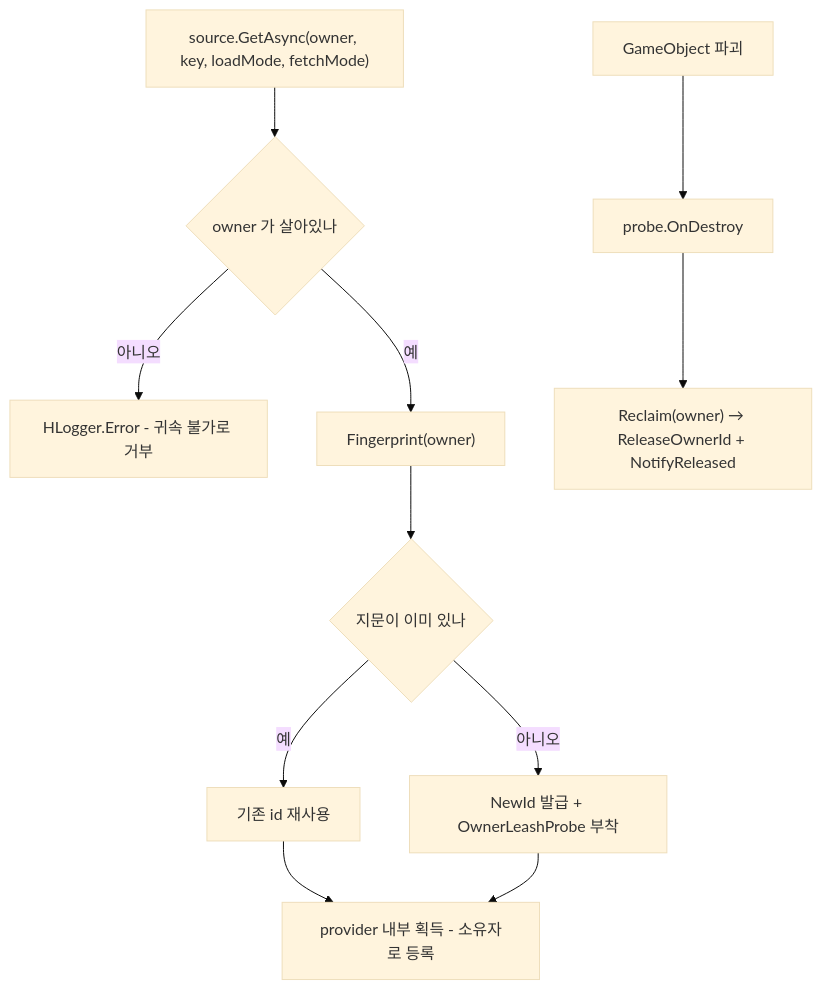
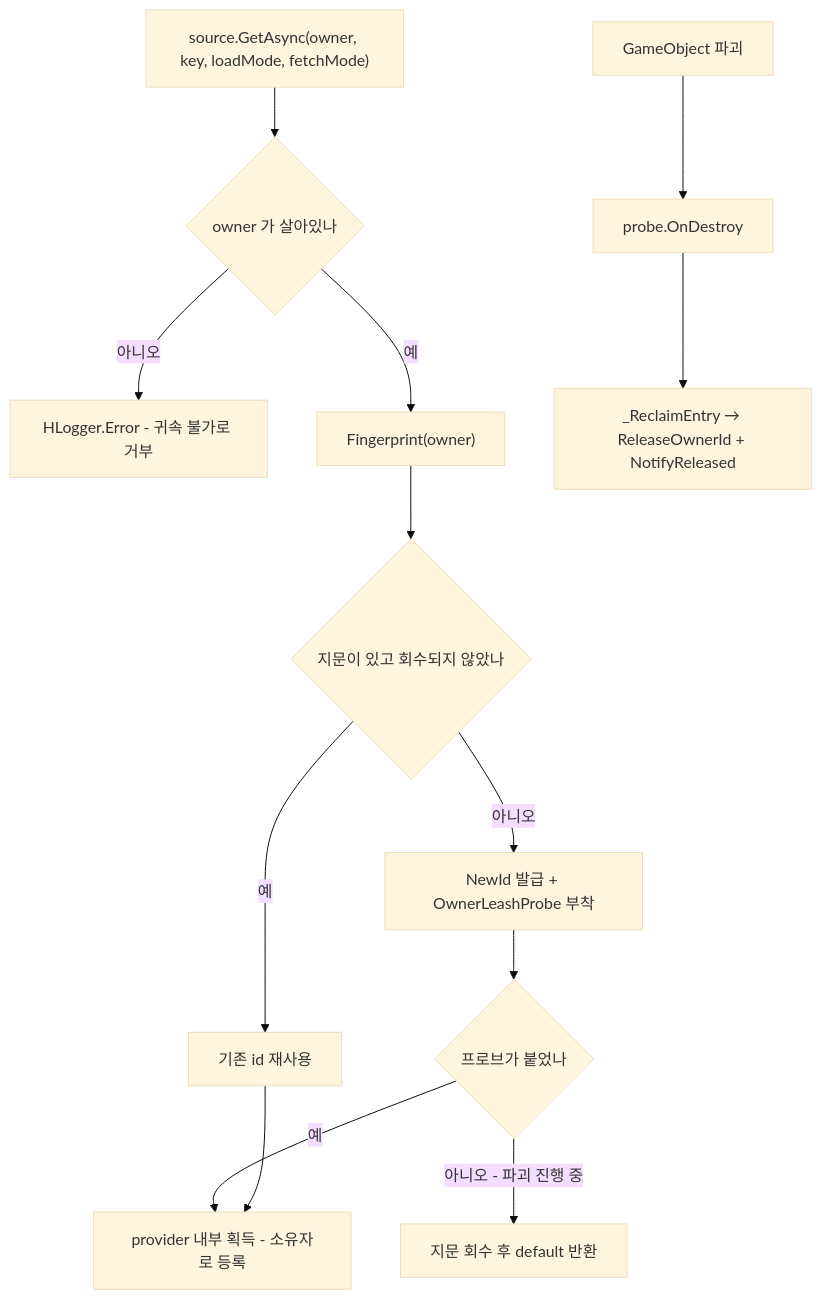
Before and after one commit to HoHong123/HCUP-Unity: the second of 2 diagrams in HResource/docs/Subscription.md, drawn with Mermaid (base theme). The commit also changed other lines of this file, not shown here.

````diff
--- a/HResource/docs/Subscription.md
+++ b/HResource/docs/Subscription.md
@@ -181,13 +153,15 @@
 ```mermaid
 flowchart TD
     A["source.GetAsync(owner, key, loadMode, fetchMode)"] --> B{"owner 가 살아있나"}
     B -->|아니오| C["HLogger.Error - 귀속 불가로 거부"]
     B -->|예| D["Fingerprint(owner)"]
-    D --> E{"지문이 이미 있나"}
+    D --> E{"지문이 있고 회수되지 않았나"}
     E -->|예| F["기존 id 재사용"]
     E -->|아니오| G["NewId 발급 + OwnerLeashProbe 부착"]
+    G --> X{"프로브가 붙었나"}
+    X -->|아니오 - 파괴 진행 중| Y["지문 회수 후 default 반환"]
+    X -->|예| H
     F --> H["provider 내부 획득 - 소유자로 등록"]
-    G --> H
     I["GameObject 파괴"] --> J["probe.OnDestroy"]
-    J --> K["Reclaim(owner) → ReleaseOwnerId + NotifyReleased"]
+    J --> K["_ReclaimEntry → ReleaseOwnerId + NotifyReleased"]
 ```
````
